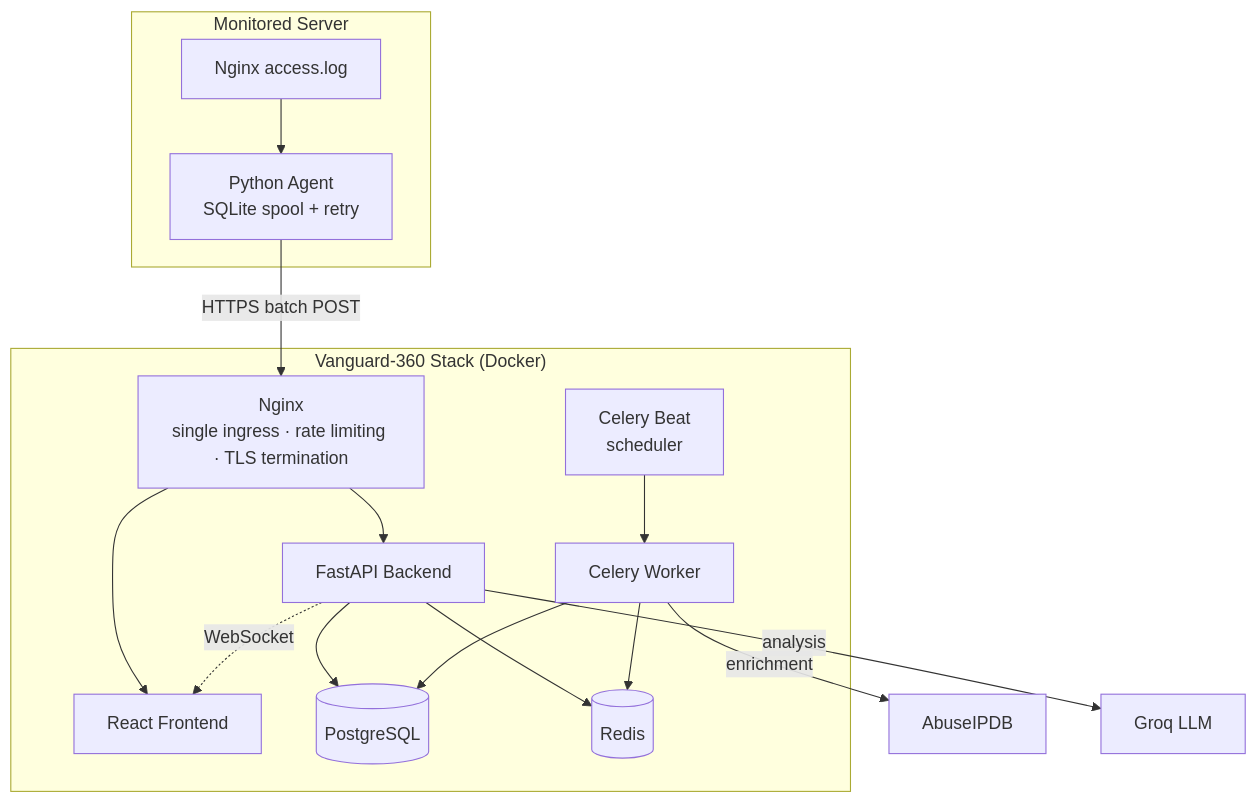
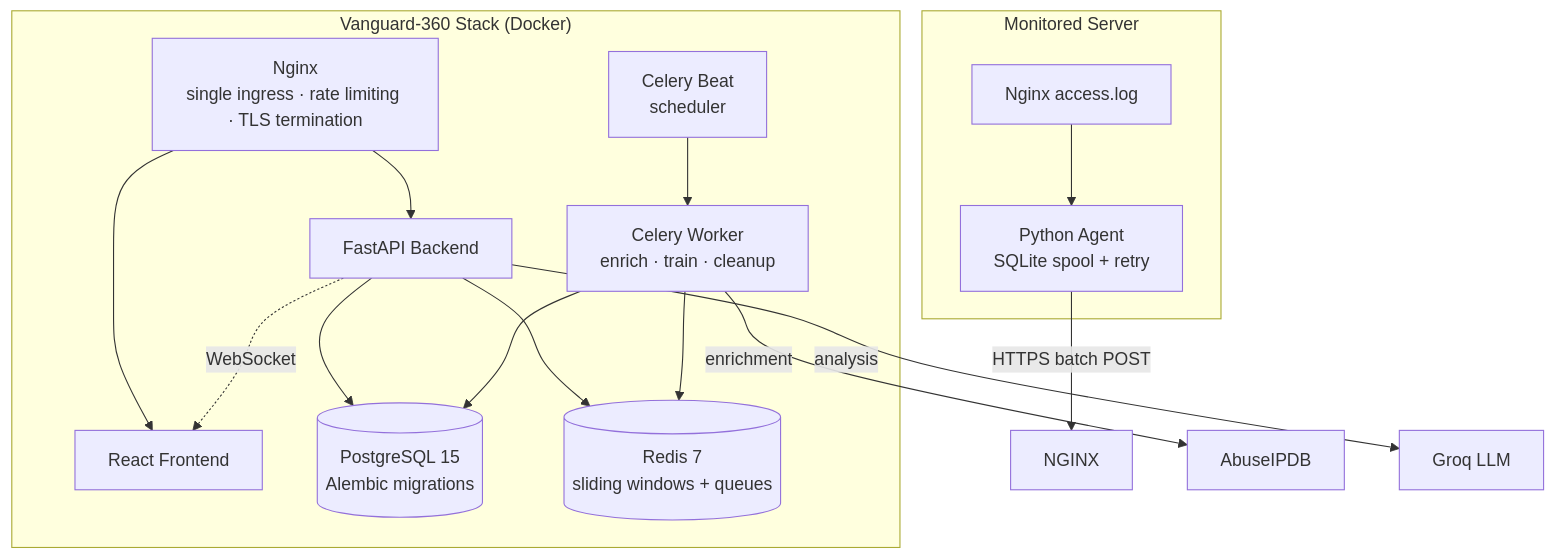
Before and after one commit to sakawatkabir13/Real-time-cyber-attack-monitoring-and-threat-intelligence-platform: the diagram in README.md, drawn with Mermaid. The commit also changed other lines of this file, not shown here.

````diff
--- a/README.md
+++ b/README.md
@@ -53,23 +111,23 @@
 ```mermaid
 flowchart TD
     subgraph Monitored["Monitored Server"]
         LOG[Nginx access.log] --> AGENT[Python Agent<br/>SQLite spool + retry]
     end
 
     AGENT -->|HTTPS batch POST| NGINX
 
     subgraph Vanguard["Vanguard-360 Stack (Docker)"]
-        NGINX[Nginx<br/>single ingress · rate limiting · TLS termination]
-        NGINX --> FE[React Frontend]
-        NGINX --> API[FastAPI Backend]
-        API --> PG[(PostgreSQL)]
-        API --> RD[(Redis)]
+        NGINX2[Nginx<br/>single ingress · rate limiting · TLS termination]
+        NGINX2 --> FE[React Frontend]
+        NGINX2 --> API[FastAPI Backend]
+        API --> PG[(PostgreSQL 15<br/>Alembic migrations)]
+        API --> RD[(Redis 7<br/>sliding windows + queues)]
         API -.WebSocket.-> FE
-        WORKER[Celery Worker] --> RD
+        WORKER[Celery Worker<br/>enrich · train · cleanup] --> RD
         WORKER --> PG
         BEAT[Celery Beat<br/>scheduler] --> WORKER
     end
 
     WORKER -->|enrichment| ABUSE[AbuseIPDB]
     API -->|analysis| GROQ[Groq LLM]
 ```
````
